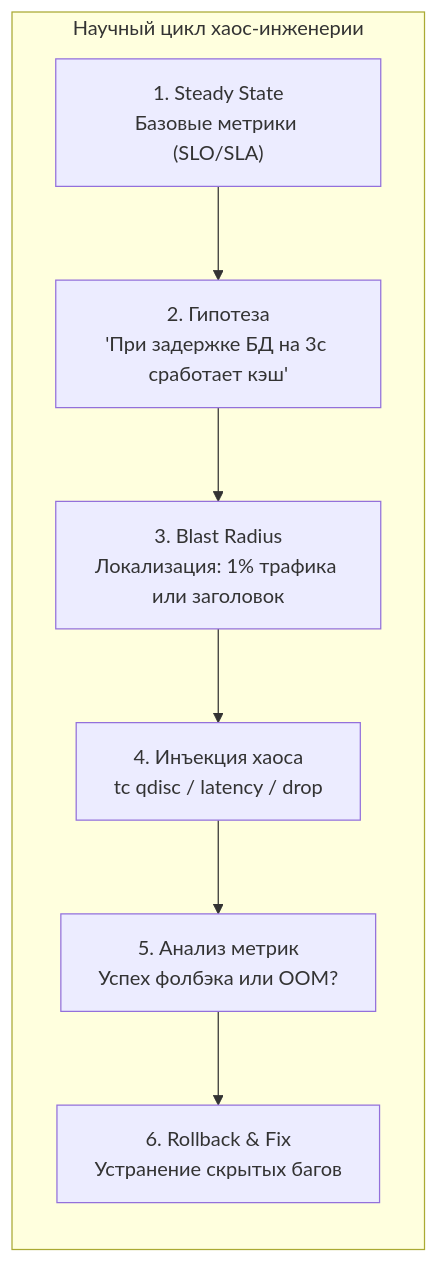
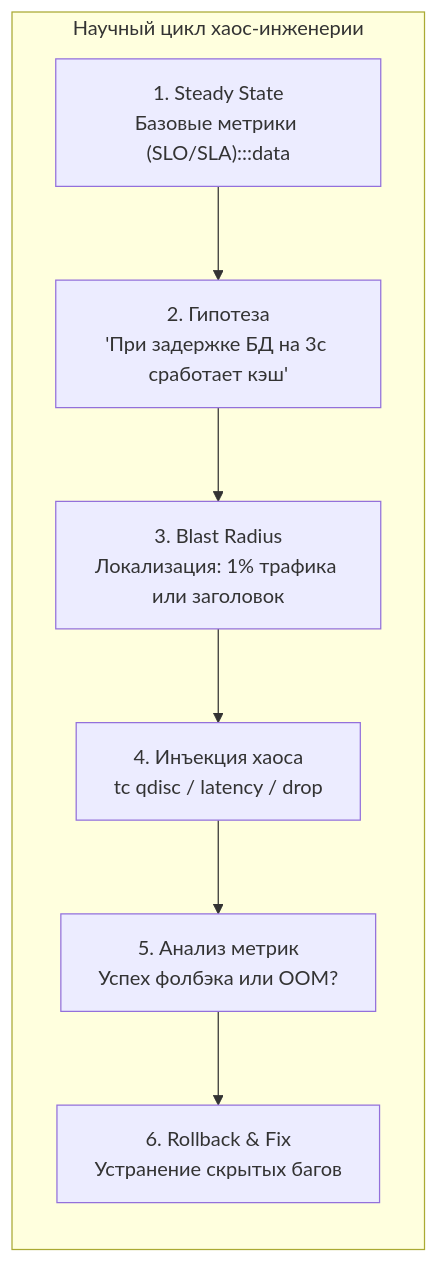
Before and after one commit to UnrealTemplier/go-textbook: the first of 2 diagrams in sources/14. Распределенные системы на Go/05. Надежность/8. Chaos engineering.md, drawn with Mermaid. The commit also changed other lines of this file and 1666 other files, not shown here.

First line of the commit message:
feat(mermaid): add semantic color classDef to 1369 colorless flowchart/graph diagrams

````diff
--- a/sources/14. Распределенные системы на Go/05. Надежность/8. Chaos engineering.md
+++ b/sources/14. Распределенные системы на Go/05. Надежность/8. Chaos engineering.md
@@ -13,10 +13,20 @@
 ```mermaid
 flowchart LR
+    classDef process  fill:#1e293b,stroke:#38bdf8,stroke-width:1px,color:#f8fafc
+    classDef success  fill:#064e3b,stroke:#34d399,stroke-width:1px,color:#f8fafc
+    classDef error    fill:#7f1d1d,stroke:#f87171,stroke-width:1px,color:#f8fafc
+    classDef warning  fill:#78350f,stroke:#fbbf24,stroke-width:1px,color:#f8fafc
+    classDef entry    fill:#1e3a5f,stroke:#38bdf8,stroke-width:2px,color:#f8fafc
+    classDef aux      fill:#334155,stroke:#64748b,stroke-width:1px,color:#f8fafc
+    classDef system   fill:#312e81,stroke:#a78bfa,stroke-width:1px,color:#f8fafc
+    classDef data     fill:#132d29,stroke:#2dd4bf,stroke-width:1px,color:#f8fafc
+    classDef network  fill:#881337,stroke:#fb7185,stroke-width:1px,color:#f8fafc
+    classDef accent   fill:#1e1b4b,stroke:#818cf8,stroke-width:1px,color:#f8fafc
     subgraph Method["Научный цикл хаос-инженерии"]
-        A["1. Steady State<br/>Базовые метрики (SLO/SLA)"] --> B["2. Гипотеза<br/>'При задержке БД на 3с сработает кэш'"]
+        A["1. Steady State<br/>Базовые метрики (SLO/SLA):::data"] --> B["2. Гипотеза<br/>'При задержке БД на 3с сработает кэш'"]
         B --> C["3. Blast Radius<br/>Локализация: 1% трафика или заголовок"]
         C --> D["4. Инъекция хаоса<br/>tc qdisc / latency / drop"]
         D --> E["5. Анализ метрик<br/>Успех фолбэка или OOM?"]
         E --> F["6. Rollback & Fix<br/>Устранение скрытых багов"]
     end
 ```
````
